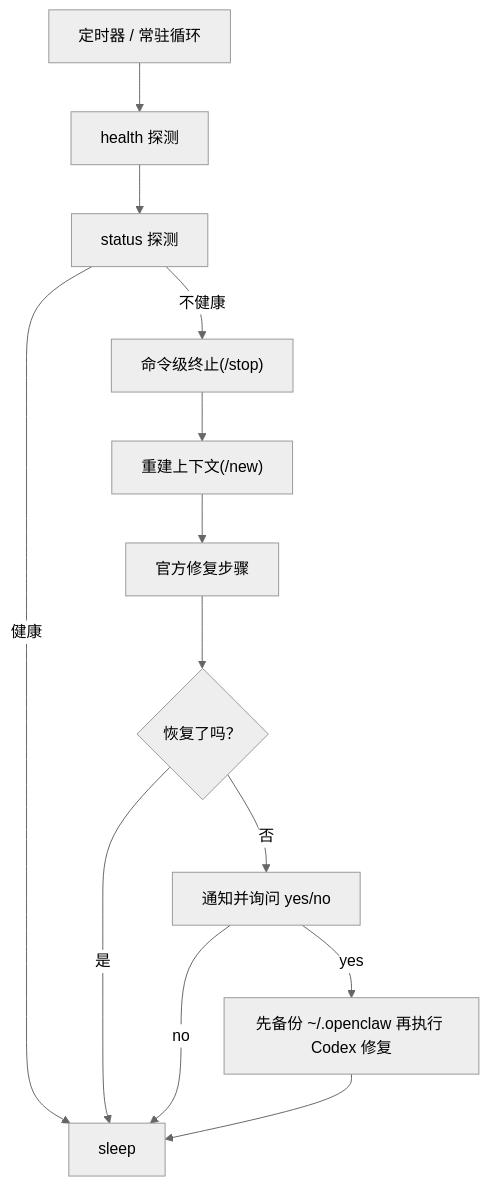
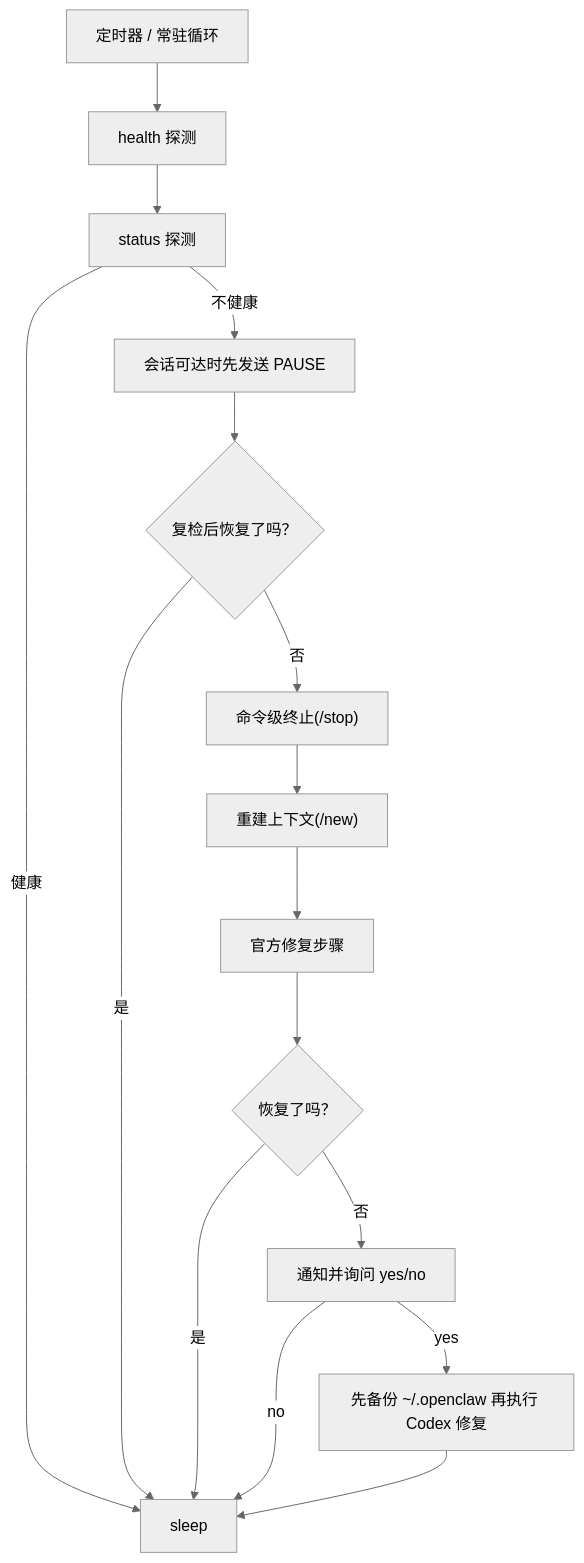
The diagram in README_ZH.md (Citrus086/fix-my-claw), drawn with Mermaid (neutral theme) before and after one commit. The commit also changed other lines of this file and 24 other files, not shown here.

````diff
--- a/README_ZH.md
+++ b/README_ZH.md
@@ -81,15 +81,18 @@
 ```mermaid
 flowchart TD
   A["定时器 / 常驻循环"] --> B["health 探测"]
   B --> C["status 探测"]
   C -->|健康| D["sleep"]
-  C -->|不健康| E["命令级终止(/stop)"]
-  E --> F["重建上下文(/new)"]
-  F --> G["官方修复步骤"]
-  G --> H{"恢复了吗？"}
-  H -->|是| D
-  H -->|否| I["通知并询问 yes/no"]
-  I -->|yes| J["先备份 ~/.openclaw 再执行 Codex 修复"]
-  I -->|no| D
-  J --> D
+  C -->|不健康| E["会话可达时先发送 PAUSE"]
+  E --> F{"复检后恢复了吗？"}
+  F -->|是| D
+  F -->|否| G["命令级终止(/stop)"]
+  G --> H["重建上下文(/new)"]
+  H --> I["官方修复步骤"]
+  I --> J{"恢复了吗？"}
+  J -->|是| D
+  J -->|否| K["通知并询问 yes/no"]
+  K -->|yes| L["先备份 ~/.openclaw 再执行 Codex 修复"]
+  K -->|no| D
+  L --> D
 ```
````
